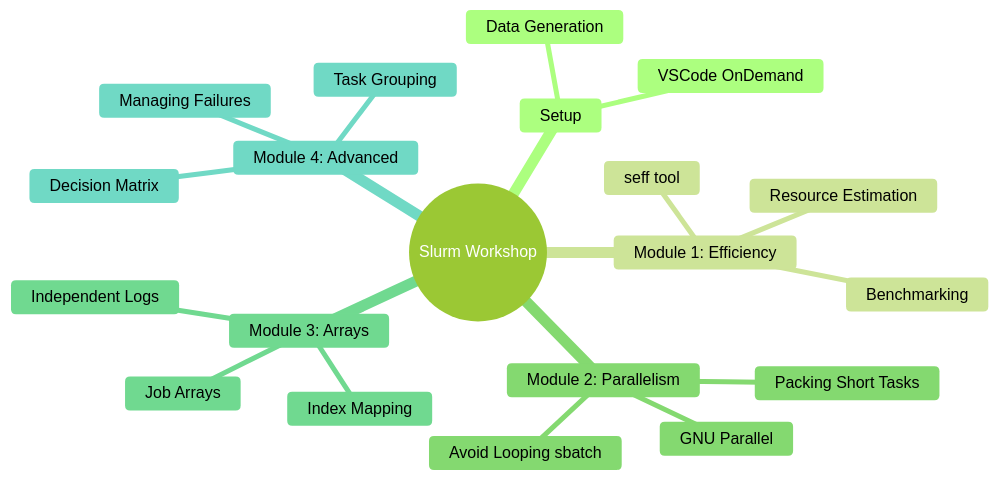
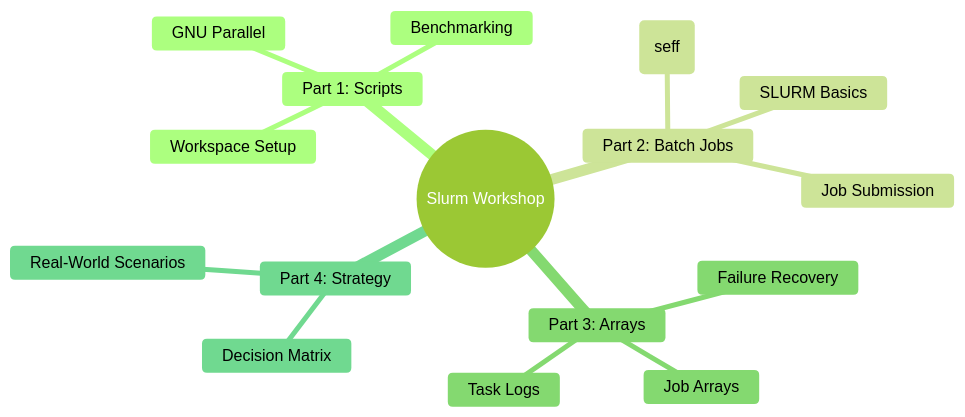
One commit to ISUgenomics/slurm-workshop-2026 changed the diagram in README.md. Above: the diagram before and after it, drawn with Mermaid (forest theme). The commit also changed other lines of this file, not shown here.

````diff
--- a/README.md
+++ b/README.md
@@ -12,23 +12,19 @@
 ```mermaid
 mindmap
   root((Slurm Workshop))
-    Setup
-      VSCode OnDemand
-      Data Generation
-    Module 1: Efficiency
+    Part 1: Scripts
+      Workspace Setup
       Benchmarking
-      seff tool
-      Resource Estimation
-    Module 2: Parallelism
-      Avoid Looping sbatch
       GNU Parallel
-      Packing Short Tasks
-    Module 3: Arrays
+    Part 2: Batch Jobs
+      SLURM Basics
+      Job Submission
+      Efficiency (seff)
+    Part 3: Arrays
       Job Arrays
-      Index Mapping
-      Independent Logs
-    Module 4: Advanced
+      Task Logs
+      Failure Recovery
+    Part 4: Strategy
       Decision Matrix
-      Task Grouping
-      Managing Failures
+      Real-World Scenarios
 ```
````
